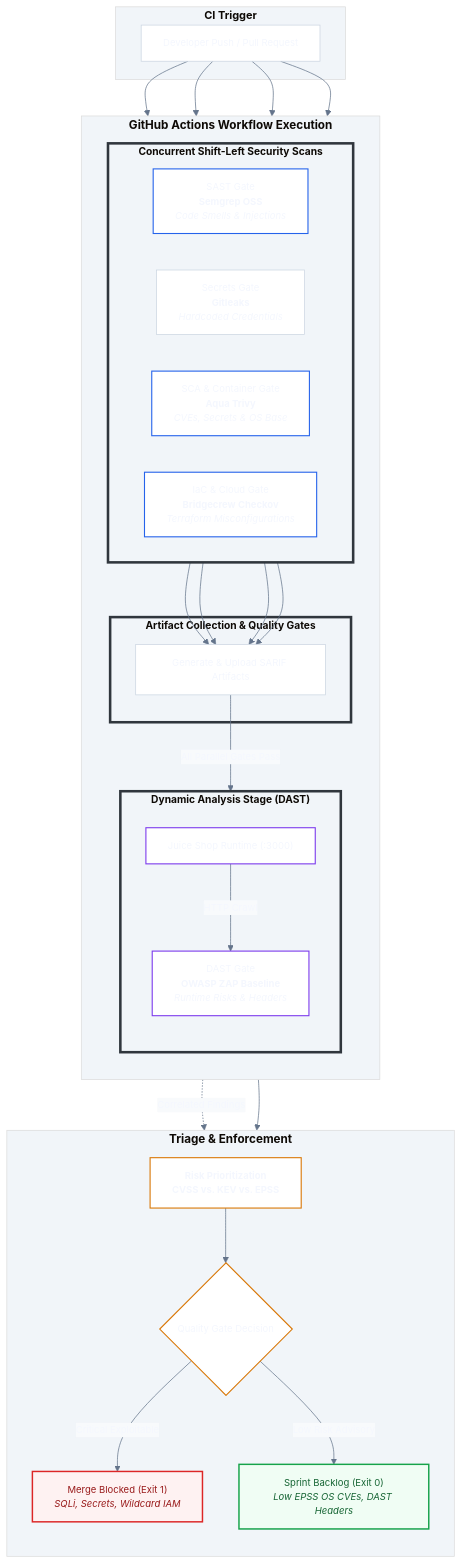
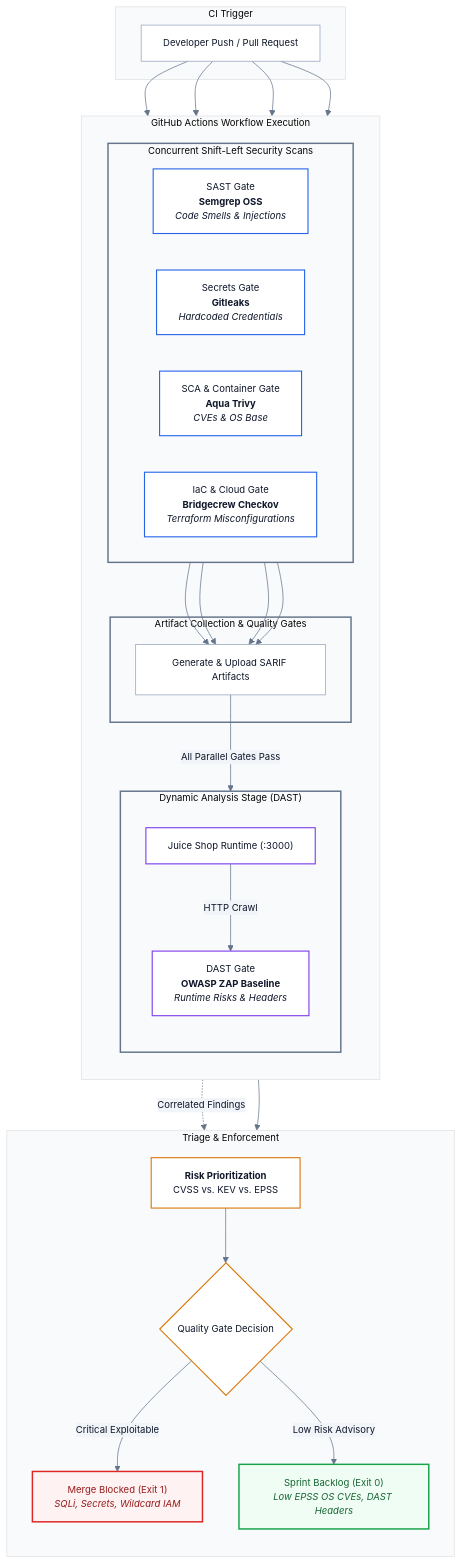
One commit to martinngreco/appsec-pipeline changed the diagram in README.md. Above: the diagram before and after it, drawn with Mermaid. The commit also changed 1 other file, not shown here.

Commit message:
fix: update CI workflow execution and optimize Mermaid diagram styles
- Adjust Mermaid diagram colors and styling for full dark/light mode contrast.

- Scan official baseline image in Trivy to prevent CI runner memory exhaustion.

- Set Checkov to soft_fail mode to enable telemetry collection and downstream DAST execution.

````diff
--- a/README.md
+++ b/README.md
@@ -15,28 +15,28 @@
   'theme': 'base',
   'themeVariables': {
     'primaryColor': '#ffffff',
-    'primaryTextColor': '#f4f7fe',
-    'primaryBorderColor': '#cbd5e1',
+    'primaryTextColor': '#0f172a',
+    'primaryBorderColor': '#94a3b8',
     'lineColor': '#64748b',
-    'secondaryColor': '#f8fafc',
-    'tertiaryColor': '#f1f5f9',
-    'fontFamily': 'Inter, ui-sans-serif, system-ui, -apple-system, sans-serif',
+    'secondaryColor': '#f1f5f9',
+    'tertiaryColor': '#f8fafc',
+    'fontFamily': 'Inter, system-ui, sans-serif',
     'fontSize': '13px'
   }
 }}%%
 flowchart TD
-    subgraph Trigger ["<span style='font-size: 15px;'><b>CI Trigger</b></span>"]
+    subgraph Trigger ["CI Trigger"]
         Commit["Developer Push / Pull Request"]
     end
 
-    subgraph CI ["<span style='font-size: 16px;'><b>GitHub Actions Workflow Execution</b></span>"]
+    subgraph CI ["GitHub Actions Workflow Execution"]
         direction TB
 
-        subgraph ParallelGates ["<span style='font-size: 14px;'><b>Concurrent Shift-Left Security Scans</b></span>"]
+        subgraph ParallelGates ["Concurrent Shift-Left Security Scans"]
             direction LR
             SAST["SAST Gate<br/><b>Semgrep OSS</b><br/><i>Code Smells & Injections</i>"]
             SECRETS["Secrets Gate<br/><b>Gitleaks</b><br/><i>Hardcoded Credentials</i>"]
-            SCA["SCA & Container Gate<br/><b>Aqua Trivy</b><br/><i>CVEs, Secrets & OS Base</i>"]
+            SCA["SCA & Container Gate<br/><b>Aqua Trivy</b><br/><i>CVEs & OS Base</i>"]
             IAC["IaC & Cloud Gate<br/><b>Bridgecrew Checkov</b><br/><i>Terraform Misconfigurations</i>"]
         end
 
@@ -45,7 +45,7 @@
         Commit --> SCA
         Commit --> IAC
 
-        subgraph Aggregation ["<span style='font-size: 14px;'><b>Artifact Collection & Quality Gates</b></span>"]
+        subgraph Aggregation ["Artifact Collection & Quality Gates"]
             SARIF["Generate & Upload SARIF Artifacts"]
             SAST --> SARIF
             SECRETS --> SARIF
@@ -53,19 +53,19 @@
             IAC --> SARIF
         end
 
-        subgraph DASTStage ["<span style='font-size: 14px;'><b>Dynamic Analysis Stage (DAST)</b></span>"]
+        subgraph DASTStage ["Dynamic Analysis Stage (DAST)"]
             direction TB
+            Container["Juice Shop Runtime (:3000)"]
             ZAP["DAST Gate<br/><b>OWASP ZAP Baseline</b><br/><i>Runtime Risks & Headers</i>"]
-            Container["Juice Shop Runtime (:3000)"]
             Container -->|HTTP Crawl| ZAP
         end
 
         SARIF -->|All Parallel Gates Pass| DASTStage
     end
 
-    subgraph Remediation ["<span style='font-size: 16px;'><b>Triage & Enforcement</b></span>"]
+    subgraph Remediation ["Triage & Enforcement"]
         direction TB
-        Priority["<b>Risk Prioritization<br/><b>CVSS vs. KEV vs. EPSS</b>"]
+        Priority["<b>Risk Prioritization</b><br/>CVSS vs. KEV vs. EPSS"]
         GateAction{"Quality Gate Decision"}
         
         Block["Merge Blocked (Exit 1)<br/><i>SQLi, Secrets, Wildcard IAM</i>"]
@@ -78,17 +78,18 @@
         GateAction -->|Low Risk Advisory| Pass
     end
 
-    %% Minimalist Accent Borders
-    style SAST stroke:#2563eb,stroke-width:1.5px
-    style SCA stroke:#2563eb,stroke-width:1.5px
-    style IAC stroke:#2563eb,stroke-width:1.5px
-    style ZAP stroke:#7c3aed,stroke-width:1.5px
-    style Container stroke:#7c3aed,stroke-width:1.5px
-    style Priority stroke:#d97706,stroke-width:1.5px
-    style GateAction stroke:#d97706,stroke-width:1.5px
+    %% Styles & Accents
+    style SAST fill:#ffffff,stroke:#2563eb,stroke-width:1.5px,color:#0f172a
+    style SECRETS fill:#ffffff,stroke:#2563eb,stroke-width:1.5px,color:#0f172a
+    style SCA fill:#ffffff,stroke:#2563eb,stroke-width:1.5px,color:#0f172a
+    style IAC fill:#ffffff,stroke:#2563eb,stroke-width:1.5px,color:#0f172a
+    style ZAP fill:#ffffff,stroke:#7c3aed,stroke-width:1.5px,color:#0f172a
+    style Container fill:#ffffff,stroke:#7c3aed,stroke-width:1.5px,color:#0f172a
+    style Priority fill:#ffffff,stroke:#d97706,stroke-width:1.5px,color:#0f172a
+    style GateAction fill:#ffffff,stroke:#d97706,stroke-width:1.5px,color:#0f172a
     style Block fill:#fef2f2,stroke:#dc2626,stroke-width:2px,color:#991b1b
     style Pass fill:#f0fdf4,stroke:#16a34a,stroke-width:2px,color:#166534
-    style ParallelGates stroke:#30363d,stroke-width:3.5px
-    style Aggregation   stroke:#30363d,stroke-width:3.5px
-    style DASTStage stroke:#30363d,stroke-width:3.5px
+    style ParallelGates stroke:#64748b,stroke-width:2px
+    style Aggregation stroke:#64748b,stroke-width:2px
+    style DASTStage stroke:#64748b,stroke-width:2px
 ```
````
